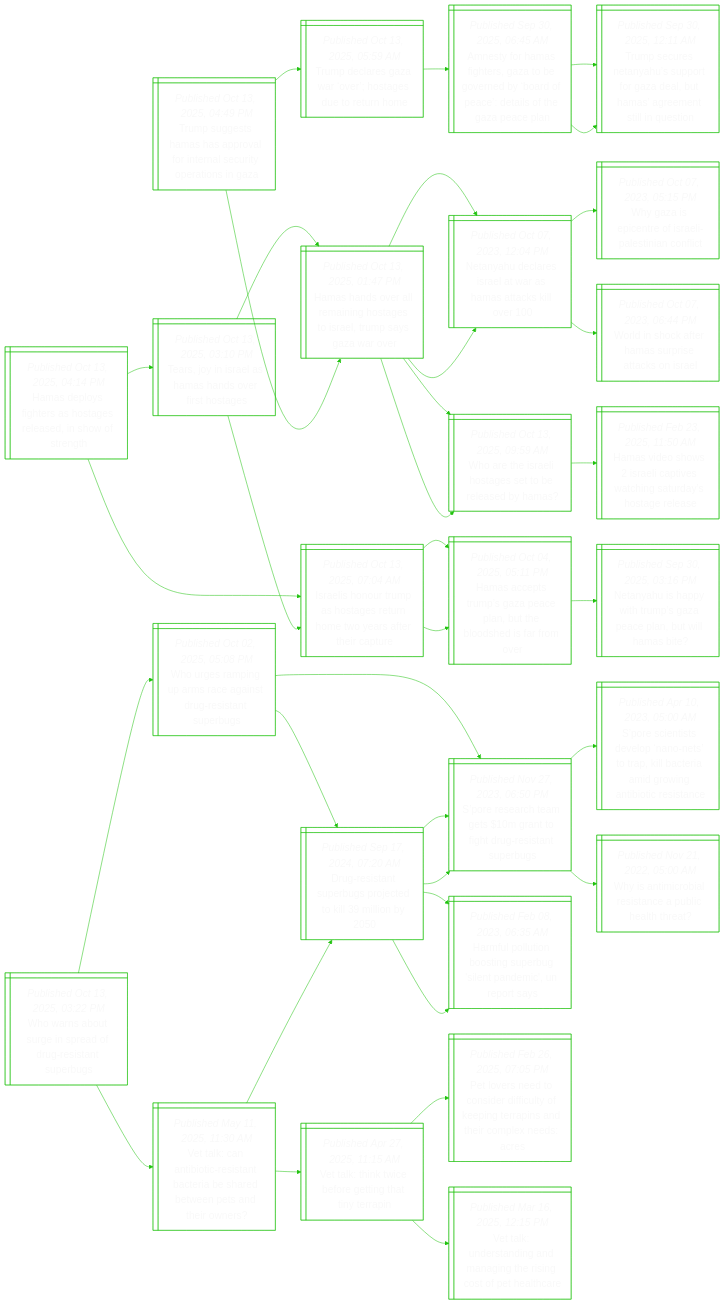
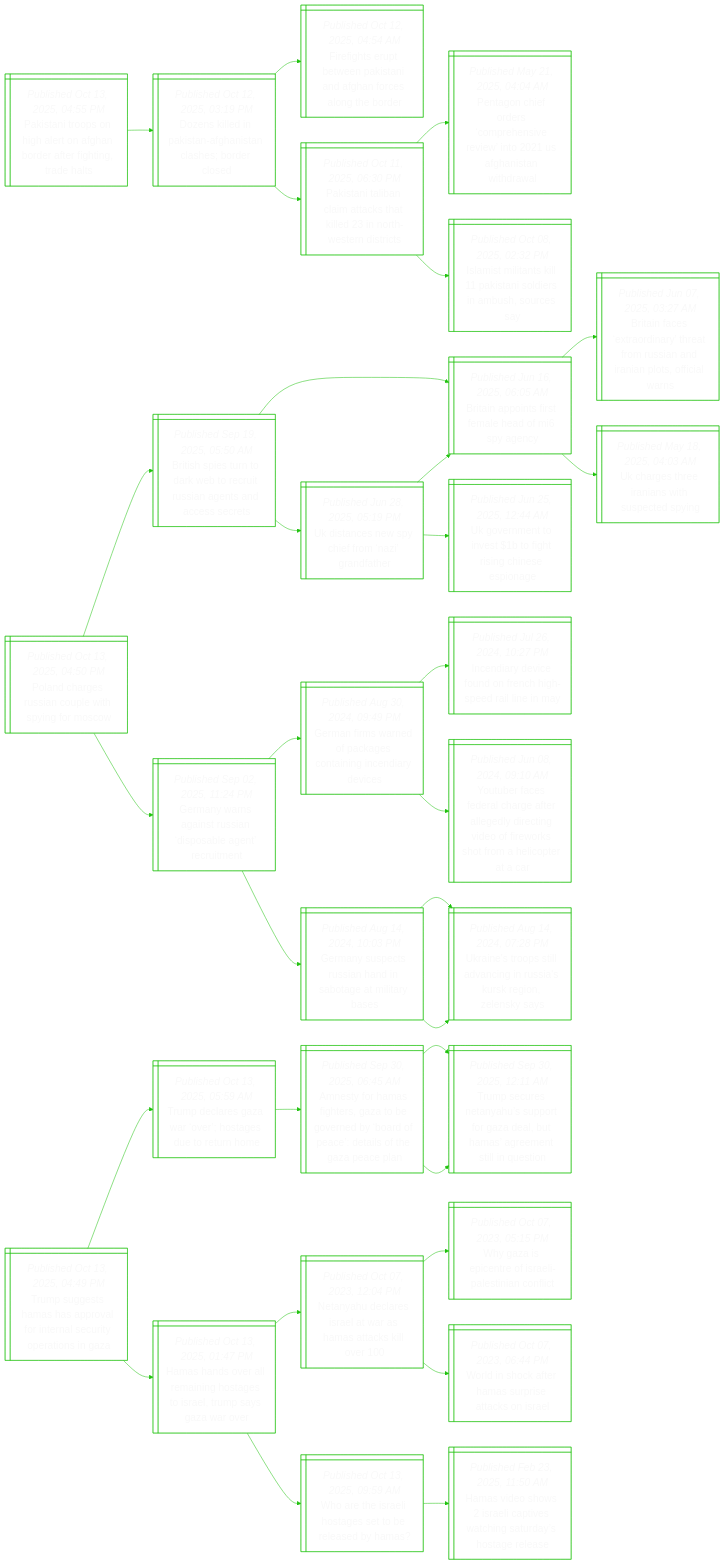
The diagram in README.md (notJmes/notJmes), drawn with Mermaid before and after one commit. The commit also changed other lines of this file, not shown here.

````diff
--- a/README.md
+++ b/README.md
@@ -15,6 +15,71 @@
 %%{init: {'theme':'base', 'themeVariables': {'primaryColor': "transparent", 'primaryTextColor': "#F9F9F9", 'lineColor': "#20C20E", 'primaryBorderColor':'#20C20E'}}}%%
 flowchart LR
 classDef txtsize font-size:20px;
+
+Ptrohtgoafial@{ shape: win-pane, label: "_Published Oct 13, 2025, 04:55 PM_
+Pakistani troops on high alert on afghan border after fighting, trade halts" }
+Dseaahtabre@{ shape: win-pane, label: "_Published Oct 12, 2025, 03:19 PM_
+Dozens killed in pakistan-afghanistan clashes; border closed" }
+Fiebeiiffsgo@{ shape: win-pane, label: "_Published Oct 12, 2025, 04:54 AM_
+Firefights erupt between pakistani and afghan forces along the border" }
+Ptanmcalnwrts@{ shape: win-pane, label: "_Published Oct 11, 2025, 06:30 PM_
+Pakistani taliban claim attacks that killed 23 in north-western districts" }
+Pgidohvitfiwr@{ shape: win-pane, label: "_Published May 21, 2025, 04:04 AM_
+Pentagon chief orders ‘comprehensive review’ into 2021 us afghanistan withdrawal" }
+Iiltlsseahcy@{ shape: win-pane, label: "_Published Oct 08, 2025, 02:32 PM_
+Islamist militants kill 11 pakistani soldiers in ambush, sources say" }
+
+Ptrohtgoafial:::txtsize --> Dseaahtabre:::txtsize
+Dseaahtabre:::txtsize --> Fiebeiiffsgo:::txtsize
+Dseaahtabre:::txtsize --> Ptanmcalnwrts:::txtsize
+Ptanmcalnwrts:::txtsize --> Pgidohvitfiwr:::txtsize
+Ptanmcalnwrts:::txtsize --> Iiltlsseahcy:::txtsize
+
+Pdgscesgo@{ shape: win-pane, label: "_Published Oct 13, 2025, 04:50 PM_
+Poland charges russian couple with spying for moscow" }
+Bsenrtruntase@{ shape: win-pane, label: "_Published Sep 19, 2025, 05:50 AM_
+British spies turn to dark web to recruit russian agents and access secrets" }
+Bioffeopn@{ shape: win-pane, label: "_Published Jun 16, 2025, 06:05 AM_
+Britain appoints first female head of mi6 spy agency" }
+BierittRaIatiw@{ shape: win-pane, label: "_Published Jun 07, 2025, 03:27 AM_
+Britain faces ‘extraordinary’ threat from russian and iranian plots, official warns" }
+Urhrnhesg@{ shape: win-pane, label: "_Published May 18, 2025, 04:03 AM_
+Uk charges three iranians with suspected spying" }
+Utspemgfr@{ shape: win-pane, label: "_Published Jun 28, 2025, 05:19 PM_
+Uk distances new spy chief from ‘nazi’ grandfather" }
+Bioffeopn@{ shape: win-pane, label: "_Published Jun 16, 2025, 06:05 AM_
+Britain appoints first female head of mi6 spy agency" }
+Uennbgsheo@{ shape: win-pane, label: "_Published Jun 25, 2025, 12:44 AM_
+Uk government to invest $1b to fight rising chinese espionage" }
+Gnniunoetun@{ shape: win-pane, label: "_Published Sep 02, 2025, 11:24 PM_
+Germany warns against russian ‘disposable agent’ recruitment" }
+Gnseaetneri@{ shape: win-pane, label: "_Published Aug 30, 2024, 09:49 PM_
+German firms warned of packages containing incendiary devices" }
+Iddedeieiey@{ shape: win-pane, label: "_Published Jul 26, 2024, 10:27 PM_
+Incendiary device found on french high-speed rail line in may" }
+Ybcdcergdtifwsrept@{ shape: win-pane, label: "_Published Jun 08, 2024, 09:10 AM_
+Youtuber faces federal charge after allegedly directing video of fireworks shot from a helicopter at a car" }
+GnpRadbelys@{ shape: win-pane, label: "_Published Aug 14, 2024, 10:03 PM_
+Germany suspects russian hand in sabotage at military bases" }
+UnotdiRasily@{ shape: win-pane, label: "_Published Aug 14, 2024, 07:28 PM_
+Ukraine's troops still advancing in russia's kursk region, zelensky says" }
+UnotdiRasily@{ shape: win-pane, label: "_Published Aug 14, 2024, 07:28 PM_
+Ukraine's troops still advancing in russia's kursk region, zelensky says" }
+
+Pdgscesgo:::txtsize --> Bsenrtruntase:::txtsize
+Bsenrtruntase:::txtsize --> Bioffeopn:::txtsize
+Bioffeopn:::txtsize --> BierittRaIatiw:::txtsize
+Bioffeopn:::txtsize --> Urhrnhesg:::txtsize
+Bsenrtruntase:::txtsize --> Utspemgfr:::txtsize
+Utspemgfr:::txtsize --> Bioffeopn:::txtsize
+Utspemgfr:::txtsize --> Uennbgsheo:::txtsize
+Pdgscesgo:::txtsize --> Gnniunoetun:::txtsize
+Gnniunoetun:::txtsize --> Gnseaetneri:::txtsize
+Gnseaetneri:::txtsize --> Iddedeieiey:::txtsize
+Gnseaetneri:::txtsize --> Ybcdcergdtifwsrept:::txtsize
+Gnniunoetun:::txtsize --> GnpRadbelys:::txtsize
+GnpRadbelys:::txtsize --> UnotdiRasily:::txtsize
+GnpRadbelys:::txtsize --> UnotdiRasily:::txtsize
 
 TssmsooesieoG@{ shape: win-pane, label: "_Published Oct 13, 2025, 04:49 PM_
 Trump suggests hamas has approval for internal security operations in gaza" }
@@ -50,81 +115,4 @@
 Hholagaoemswe:::txtsize --> Wesiaeeays:::txtsize
 Wesiaeeays:::txtsize --> HvsIltwitytee:::txtsize
 
-Hdyhatrssfn@{ shape: win-pane, label: "_Published Oct 13, 2025, 04:14 PM_
-Hamas deploys fighters as hostages released, in show of strength" }
-TjIlmnest@{ shape: win-pane, label: "_Published Oct 13, 2025, 03:10 PM_
-Tears, joy in israel as hamas hands over first hostages" }
-Hholagaoemswe@{ shape: win-pane, label: "_Published Oct 13, 2025, 01:47 PM_
-Hamas hands over all remaining hostages to israel, trump says gaza war over" }
-NyeeawHakl@{ shape: win-pane, label: "_Published Oct 07, 2023, 12:04 PM_
-Netanyahu declares israel at war as hamas attacks kill over 100" }
-Wesiaeeays@{ shape: win-pane, label: "_Published Oct 13, 2025, 09:59 AM_
-Who are the israeli hostages set to be released by hamas?" }
-Ilnrsaehwreit@{ shape: win-pane, label: "_Published Oct 13, 2025, 07:04 AM_
-Israelis honour trump as hostages return home two years after their capture" }
-Hatmzcnhodro@{ shape: win-pane, label: "_Published Oct 04, 2025, 05:11 PM_
-Hamas accepts trump’s gaza peace plan, but the bloodshed is far from over" }
-Ilnrsaehwreit@{ shape: win-pane, label: "_Published Oct 13, 2025, 07:04 AM_
-Israelis honour trump as hostages return home two years after their capture" }
-Hatmzcnhodro@{ shape: win-pane, label: "_Published Oct 04, 2025, 05:11 PM_
-Hamas accepts trump’s gaza peace plan, but the bloodshed is far from over" }
-NysyTsppuls@{ shape: win-pane, label: "_Published Sep 30, 2025, 03:16 PM_
-Netanyahu is happy with trump’s gaza peace plan, but will hamas bite?" }
-
-Hdyhatrssfn:::txtsize --> TjIlmnest:::txtsize
-TjIlmnest:::txtsize --> Hholagaoemswe:::txtsize
-Hholagaoemswe:::txtsize --> NyeeawHakl:::txtsize
-Hholagaoemswe:::txtsize --> Wesiaeeays:::txtsize
-TjIlmnest:::txtsize --> Ilnrsaehwreit:::txtsize
-Ilnrsaehwreit:::txtsize --> Hatmzcnhodro:::txtsize
-Hdyhatrssfn:::txtsize --> Ilnrsaehwreit:::txtsize
-Ilnrsaehwreit:::txtsize --> Hatmzcnhodro:::txtsize
-Hatmzcnhodro:::txtsize --> NysyTsppuls:::txtsize
-
-Wrorsduitr@{ shape: win-pane, label: "_Published Oct 13, 2025, 03:22 PM_
-Who warns about surge in spread of drug-resistant superbugs" }
-Vlairtaihbeshw@{ shape: win-pane, label: "_Published May 11, 2025, 11:30 AM_
-Vet talk: can antibiotic-resistant bacteria be shared between pets and their owners?" }
-Deapgjdlly@{ shape: win-pane, label: "_Published Sep 17, 2024, 07:20 AM_
-Drug-resistant superbugs projected to kill 39 million by 2050" }
-Srrasnirsnes@{ shape: win-pane, label: "_Published Nov 27, 2023, 06:50 PM_
-S’pore research team gets $10m grant to fight drug-resistant superbugs" }
-Hulntuuencpa@{ shape: win-pane, label: "_Published Feb 08, 2023, 06:35 AM_
-Harmful pollution boosting superbug 'silent pandemic', un report says" }
-Vlncottirn@{ shape: win-pane, label: "_Published Apr 27, 2025, 11:15 AM_
-Vet talk: think twice before getting that tiny terrapin" }
-Pvecdflknrshoxss@{ shape: win-pane, label: "_Published Feb 26, 2025, 07:05 PM_
-Pet lovers need to consider difficulty of keeping terrapins and their complex needs: acres" }
-Vlenangicfec@{ shape: win-pane, label: "_Published Mar 16, 2025, 12:15 PM_
-Vet talk: understanding and managing the rising cost of pet healthcare" }
-Wgmusasgssb@{ shape: win-pane, label: "_Published Oct 02, 2025, 05:08 PM_
-Who urges ramping up arms race against drug-resistant superbugs" }
-Deapgjdlly@{ shape: win-pane, label: "_Published Sep 17, 2024, 07:20 AM_
-Drug-resistant superbugs projected to kill 39 million by 2050" }
-Srrasnirsnes@{ shape: win-pane, label: "_Published Nov 27, 2023, 06:50 PM_
-S’pore research team gets $10m grant to fight drug-resistant superbugs" }
-Hulntuuencpa@{ shape: win-pane, label: "_Published Feb 08, 2023, 06:35 AM_
-Harmful pollution boosting superbug 'silent pandemic', un report says" }
-Srrasnirsnes@{ shape: win-pane, label: "_Published Nov 27, 2023, 06:50 PM_
-S’pore research team gets $10m grant to fight drug-resistant superbugs" }
-Sstdootpbriwnoea@{ shape: win-pane, label: "_Published Apr 10, 2023, 05:00 AM_
-S’pore scientists develop ‘nano-nets’ to trap, kill bacteria amid growing antibiotic resistance" }
-Waiisnuhha@{ shape: win-pane, label: "_Published Nov 21, 2022, 05:00 AM_
-Why is antimicrobial resistance a public health threat?" }
-
-Wrorsduitr:::txtsize --> Vlairtaihbeshw:::txtsize
-Vlairtaihbeshw:::txtsize --> Deapgjdlly:::txtsize
-Deapgjdlly:::txtsize --> Srrasnirsnes:::txtsize
-Deapgjdlly:::txtsize --> Hulntuuencpa:::txtsize
-Vlairtaihbeshw:::txtsize --> Vlncottirn:::txtsize
-Vlncottirn:::txtsize --> Pvecdflknrshoxss:::txtsize
-Vlncottirn:::txtsize --> Vlenangicfec:::txtsize
-Wrorsduitr:::txtsize --> Wgmusasgssb:::txtsize
-Wgmusasgssb:::txtsize --> Deapgjdlly:::txtsize
-Deapgjdlly:::txtsize --> Srrasnirsnes:::txtsize
-Deapgjdlly:::txtsize --> Hulntuuencpa:::txtsize
-Wgmusasgssb:::txtsize --> Srrasnirsnes:::txtsize
-Srrasnirsnes:::txtsize --> Sstdootpbriwnoea:::txtsize
-Srrasnirsnes:::txtsize --> Waiisnuhha:::txtsize
-
 ```
````
